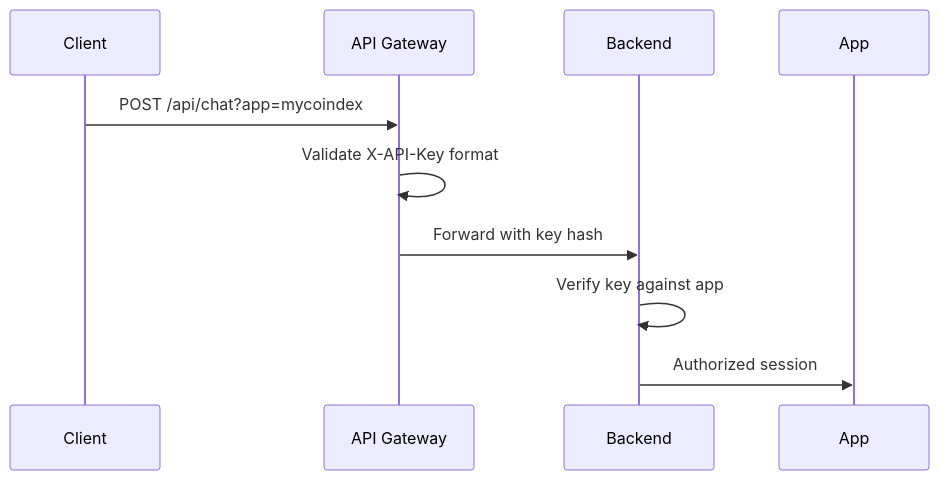
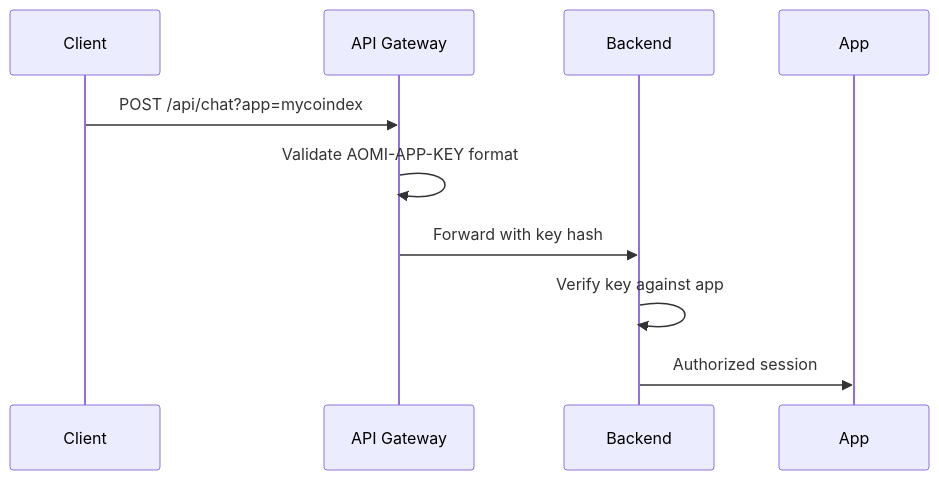
One commit to aomi-labs/docs changed the second of 6 diagrams in concepts/security.mdx. Above: the diagram before and after it, drawn with Mermaid. The commit also changed other lines of this file and 31 other files, not shown here.

````diff
--- a/concepts/security.mdx
+++ b/concepts/security.mdx
@@ -68,13 +68,13 @@
 ```mermaid
 sequenceDiagram
     participant Client
     participant Edge as API Gateway
     participant Backend
     participant App
 
     Client->>Edge: POST /api/chat?app=mycoindex
-    Edge->>Edge: Validate X-API-Key format
+    Edge->>Edge: Validate AOMI-APP-KEY format
     Edge->>Backend: Forward with key hash
     Backend->>Backend: Verify key against app
     Backend->>App: Authorized session
 ```
````
